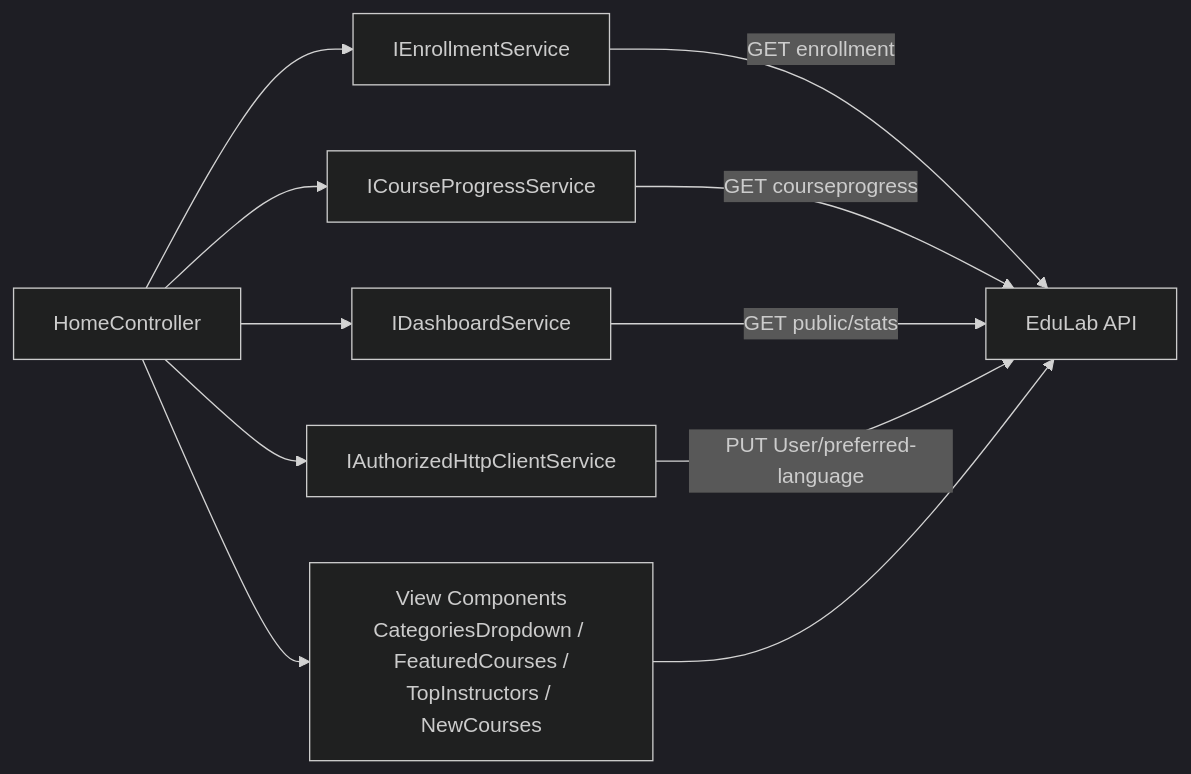
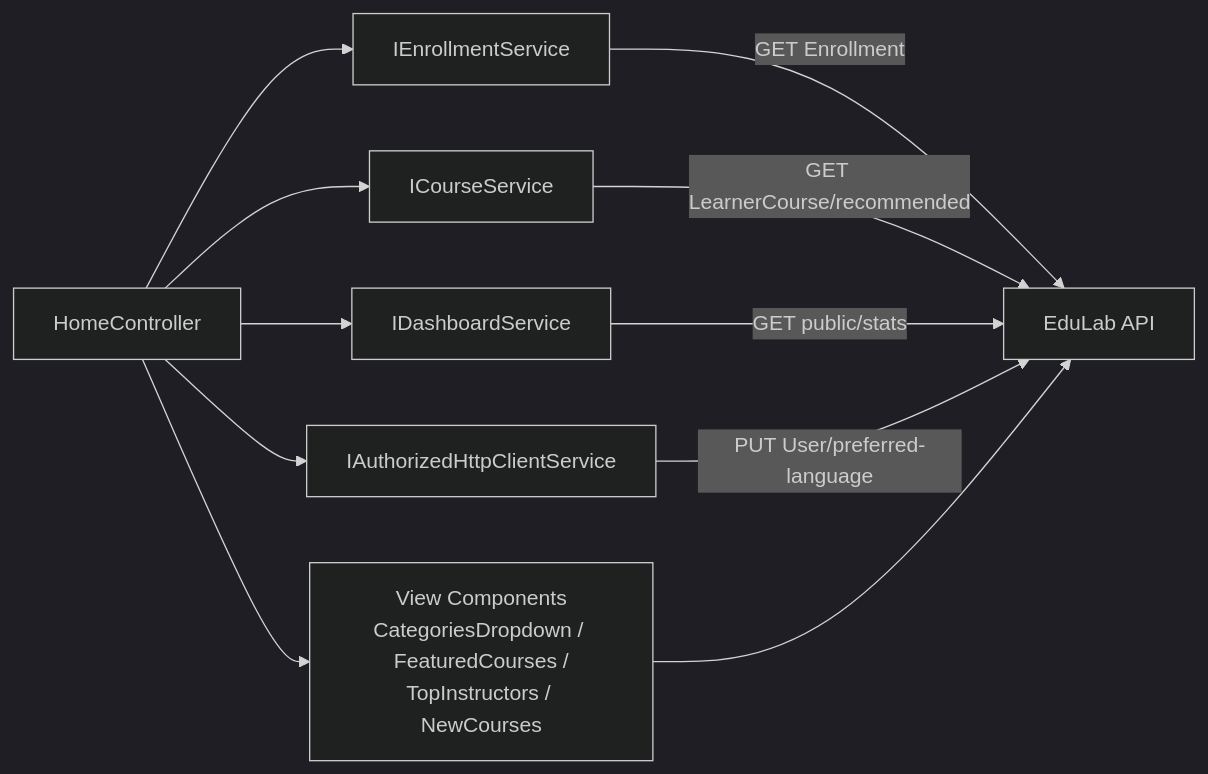
One commit to MohamedGasser15/Education-Lab changed the third of 3 diagrams in Documentation/Modules/MVC/Learner/HomeController.md. Above: the diagram before and after it, drawn with Mermaid (dark theme). The commit also changed other lines of this file and 20 other files, not shown here.

Commit message:
docs(modules): update system architecture and module documentation

````diff
--- a/Documentation/Modules/MVC/Learner/HomeController.md
+++ b/Documentation/Modules/MVC/Learner/HomeController.md
@@ -228,13 +235,13 @@
 ```mermaid
 flowchart LR
     A[HomeController] --> E[IEnrollmentService]
-    A --> P[ICourseProgressService]
+    A --> C[ICourseService]
     A --> D[IDashboardService]
     A --> H[IAuthorizedHttpClientService]
-    E -->|GET enrollment| API[EduLab API]
-    P -->|GET courseprogress| API
+    E -->|GET Enrollment| API[EduLab API]
+    C -->|GET LearnerCourse/recommended| API
     D -->|GET public/stats| API
     H -->|PUT User/preferred-language| API
     A --> VC[View Components<br/>CategoriesDropdown / FeaturedCourses /<br/>TopInstructors / NewCourses]
     VC --> API
 ```
````
